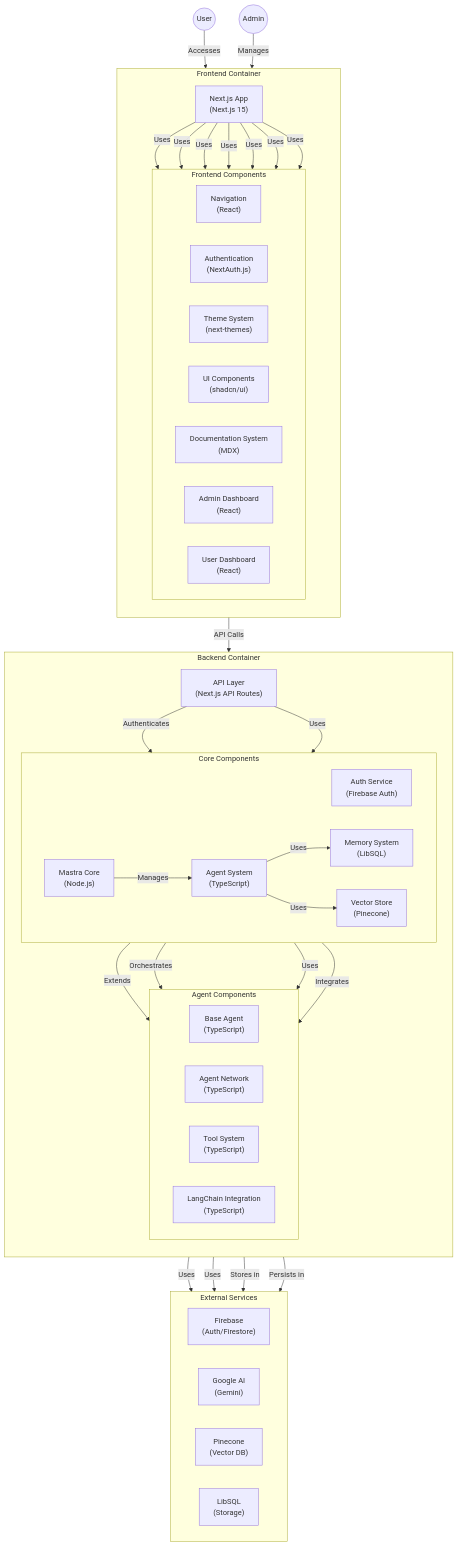
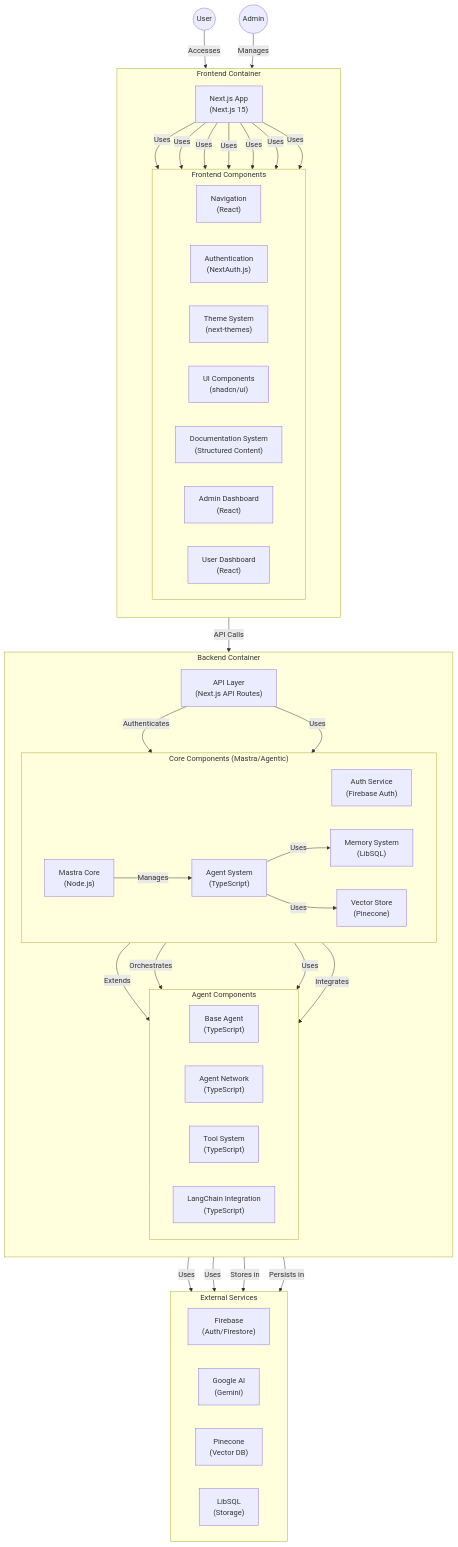
Before and after one commit to ssdeanx/deanmachines-front: the fourth of 5 diagrams in README.md, drawn with Mermaid. The commit also changed other lines of this file and 26 other files, not shown here.

First line of the commit message:
feat(docs): enhance documentation structure and fix components

````diff
--- a/README.md
+++ b/README.md
@@ -271,82 +271,82 @@
 ```mermaid
 graph TB
     User((User))
     Admin((Admin))
 
     subgraph "Frontend Container"
         direction TB
         NextApp["Next.js App<br>(Next.js 15)"]
 
         subgraph "Frontend Components"
             direction LR
             NavBar["Navigation<br>(React)"]
             Auth["Authentication<br>(NextAuth.js)"]
             ThemeToggle["Theme System<br>(next-themes)"]
             UIComponents["UI Components<br>(shadcn/ui)"]
-            DocsSystem["Documentation System<br>(MDX)"]
+            DocsSystem["Documentation System<br>(Structured Content)"]
             AdminDashboard["Admin Dashboard<br>(React)"]
             UserDashboard["User Dashboard<br>(React)"]
         end
     end
 
     subgraph "Backend Container"
         direction TB
         APILayer["API Layer<br>(Next.js API Routes)"]
 
-        subgraph "Core Components"
+        subgraph "Core Components (Mastra/Agentic)"
             direction LR
             AuthService["Auth Service<br>(Firebase Auth)"]
             MastraCore["Mastra Core<br>(Node.js)"]
             AgentSystem["Agent System<br>(TypeScript)"]
             MemorySystem["Memory System<br>(LibSQL)"]
             VectorStore["Vector Store<br>(Pinecone)"]
         end
 
         subgraph "Agent Components"
             direction LR
             BaseAgent["Base Agent<br>(TypeScript)"]
             AgentNetwork["Agent Network<br>(TypeScript)"]
             ToolSystem["Tool System<br>(TypeScript)"]
             LangChainIntegration["LangChain Integration<br>(TypeScript)"]
         end
     end
 
     subgraph "External Services"
         direction LR
         Firebase["Firebase<br>(Auth/Firestore)"]
         GoogleAI["Google AI<br>(Gemini)"]
         Pinecone["Pinecone<br>(Vector DB)"]
         LibSQL["LibSQL<br>(Storage)"]
     end
 
     %% Frontend Relationships
     User -->|"Accesses"| NextApp
     Admin -->|"Manages"| NextApp
     NextApp -->|"Uses"| NavBar
     NextApp -->|"Uses"| Auth
     NextApp -->|"Uses"| ThemeToggle
     NextApp -->|"Uses"| UIComponents
     NextApp -->|"Uses"| DocsSystem
     NextApp -->|"Uses"| AdminDashboard
     NextApp -->|"Uses"| UserDashboard
 
     %% Backend Relationships
     NextApp -->|"API Calls"| APILayer
     APILayer -->|"Authenticates"| AuthService
     APILayer -->|"Uses"| MastraCore
     MastraCore -->|"Manages"| AgentSystem
     AgentSystem -->|"Uses"| MemorySystem
     AgentSystem -->|"Uses"| VectorStore
 
     %% Agent Component Relationships
     AgentSystem -->|"Extends"| BaseAgent
     AgentSystem -->|"Orchestrates"| AgentNetwork
     AgentSystem -->|"Uses"| ToolSystem
     AgentSystem -->|"Integrates"| LangChainIntegration
 
     %% External Service Relationships
     AuthService -->|"Uses"| Firebase
     AgentSystem -->|"Uses"| GoogleAI
     VectorStore -->|"Stores in"| Pinecone
     MemorySystem -->|"Persists in"| LibSQL
 ```
````
